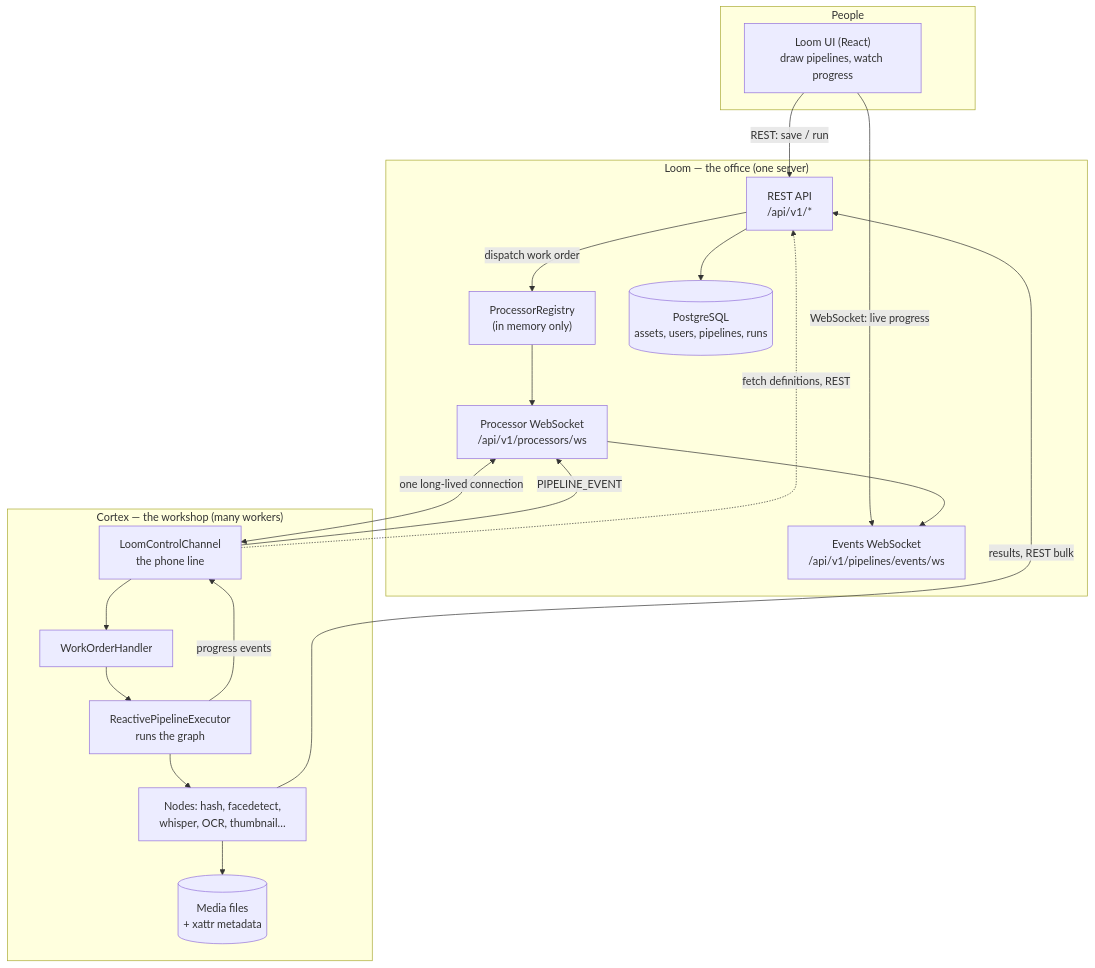
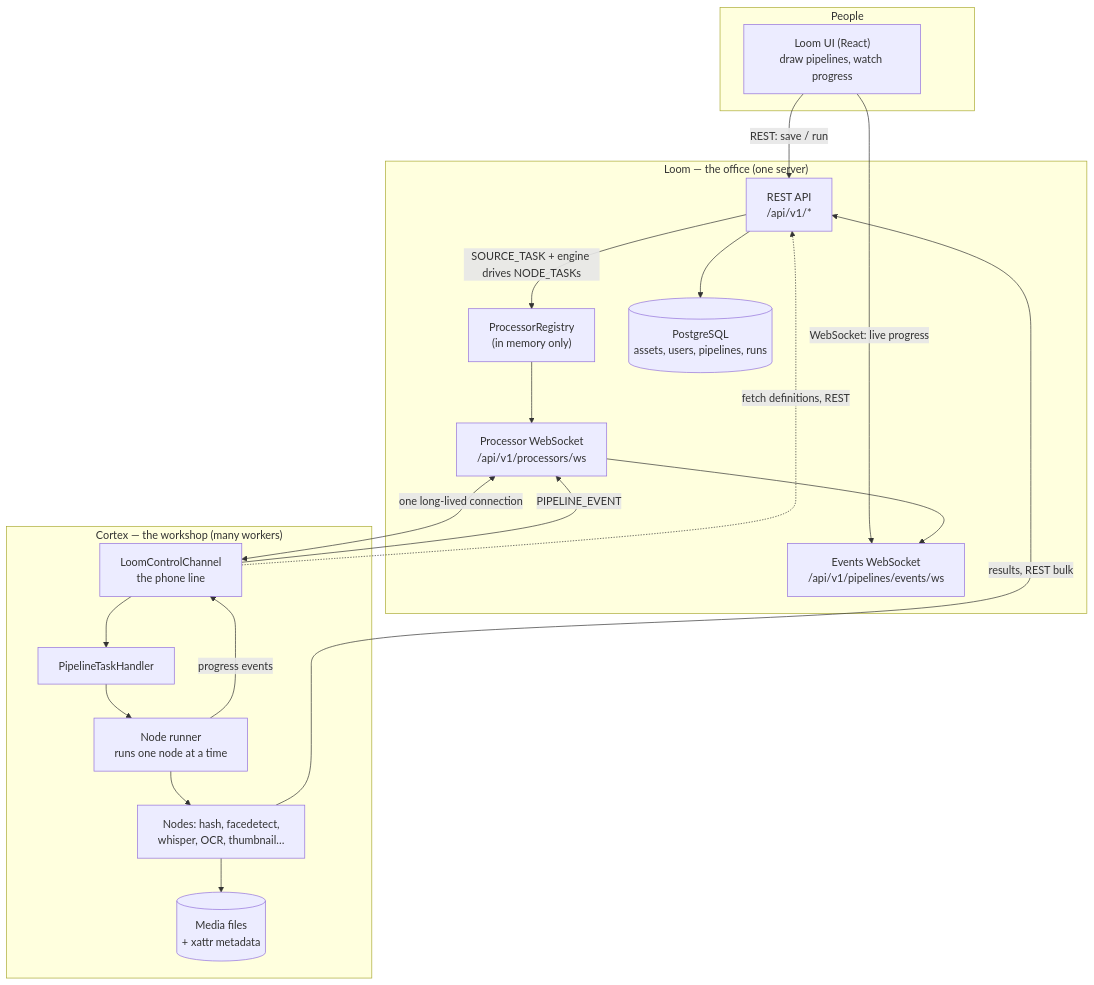
Before and after one commit to metaloom/metaloom: the diagram in spec/cortex/METALOOM_ARCHITECTURE.md, drawn with Mermaid. The commit also changed other lines of this file and 175 other files, not shown here.

````diff
--- a/spec/cortex/METALOOM_ARCHITECTURE.md
+++ b/spec/cortex/METALOOM_ARCHITECTURE.md
@@ -86,34 +86,34 @@
 ```mermaid
 graph TB
     subgraph USER["People"]
         UI["Loom UI (React)<br/>draw pipelines, watch progress"]
     end
 
     subgraph LOOM["Loom — the office (one server)"]
         REST["REST API<br/>/api/v1/*"]
         WS["Processor WebSocket<br/>/api/v1/processors/ws"]
         EVWS["Events WebSocket<br/>/api/v1/pipelines/events/ws"]
         REG["ProcessorRegistry<br/>(in memory only)"]
         DB[("PostgreSQL<br/>assets, users, pipelines, runs")]
     end
 
     subgraph CORTEX["Cortex — the workshop (many workers)"]
         LCC["LoomControlChannel<br/>the phone line"]
-        WOH["WorkOrderHandler"]
-        EXEC["ReactivePipelineExecutor<br/>runs the graph"]
+        PTH["PipelineTaskHandler"]
+        EXEC["Node runner<br/>runs one node at a time"]
         NODES["Nodes: hash, facedetect,<br/>whisper, OCR, thumbnail…"]
         FILES[("Media files<br/>+ xattr metadata")]
     end
 
     UI -->|"REST: save / run"| REST
     UI -->|"WebSocket: live progress"| EVWS
     REST --> DB
-    REST -->|"dispatch work order"| REG
+    REST -->|"SOURCE_TASK + engine drives NODE_TASKs"| REG
     REG --> WS
     WS <-->|"one long-lived connection"| LCC
-    LCC --> WOH --> EXEC --> NODES --> FILES
+    LCC --> PTH --> EXEC --> NODES --> FILES
     EXEC -->|"progress events"| LCC
     LCC -->|"PIPELINE_EVENT"| WS --> EVWS
     NODES -->|"results, REST bulk"| REST
     LCC -.->|"fetch definitions, REST"| REST
 ```
````
